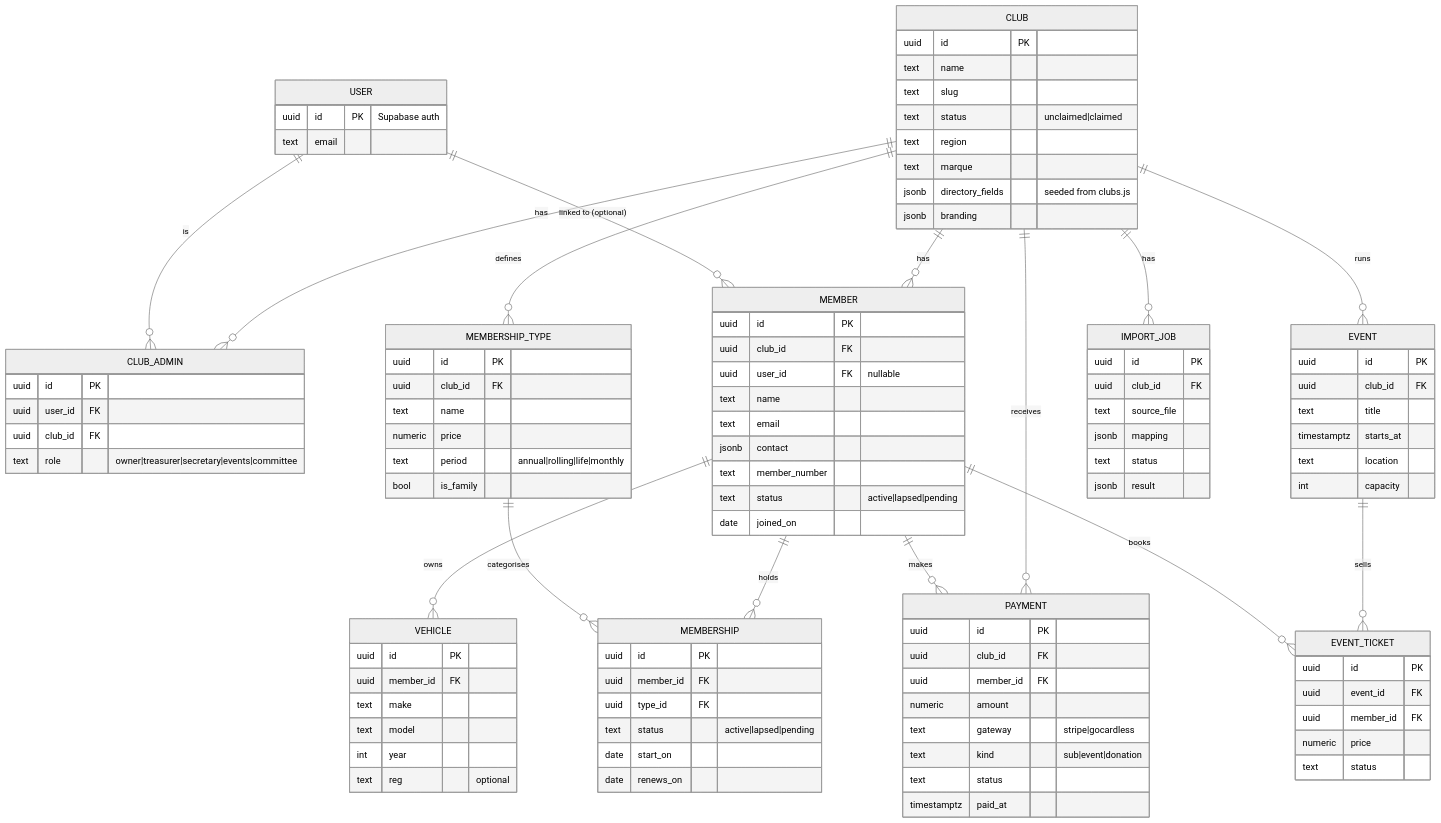
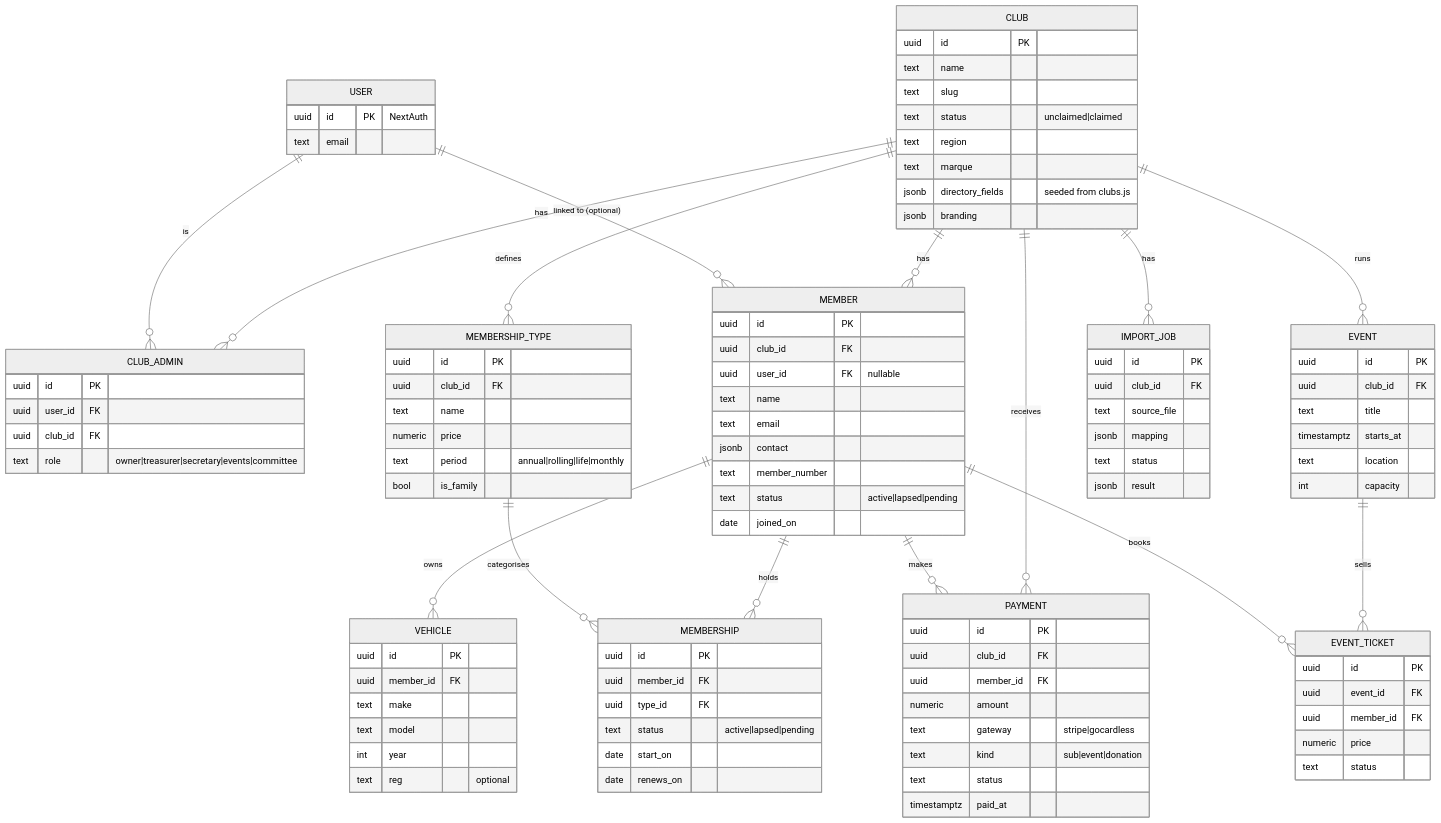
The second of 4 diagrams in docs/superpowers/specs/2026-06-06-club-ops-platform-architecture-design.md (zenifieduk/CccImporter), drawn with Mermaid (neutral theme) before and after one commit. The commit also changed other lines of this file, not shown here.

First line of the commit message:
Align club ops spec to prospect house stack; pin Next.js 16+

```diff
--- a/docs/superpowers/specs/2026-06-06-club-ops-platform-architecture-design.md
+++ b/docs/superpowers/specs/2026-06-06-club-ops-platform-architecture-design.md
@@ -179,7 +210,7 @@
         jsonb branding
     }
     USER {
-        uuid id PK "Supabase auth"
+        uuid id PK "NextAuth"
         text email
     }
     CLUB_ADMIN {
```
